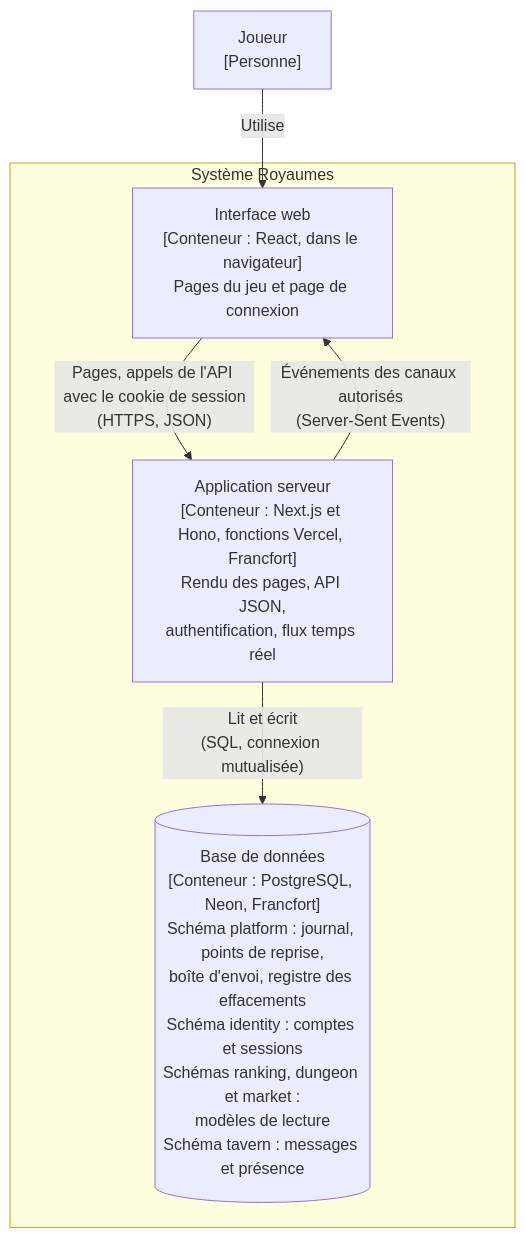
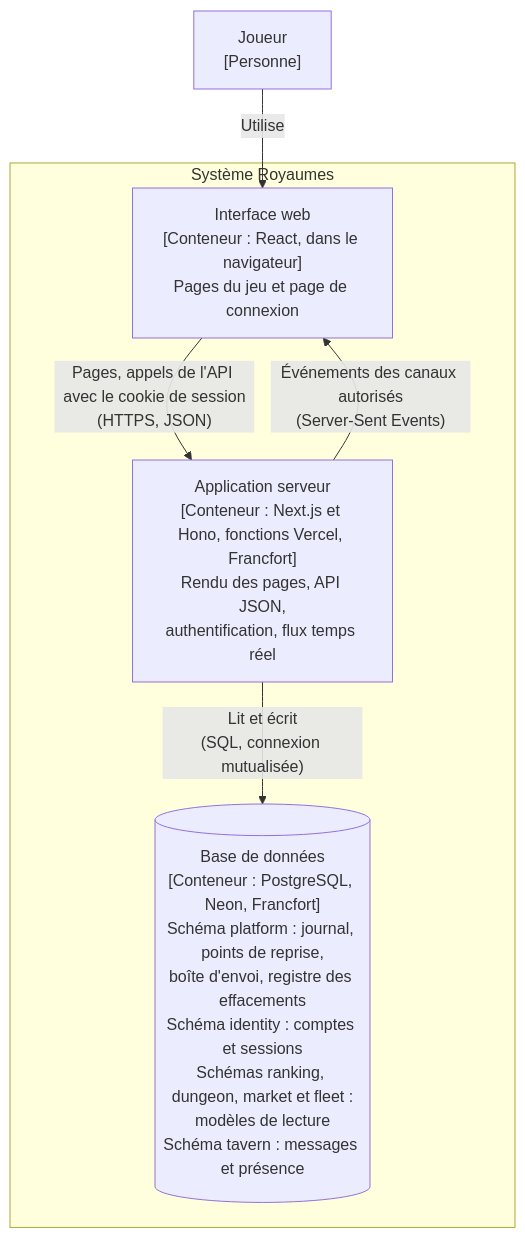
One commit to Swixos/royaumes changed the second of 6 diagrams in docs/architecture.md. Above: the diagram before and after it, drawn with Mermaid. The commit also changed other lines of this file, not shown here.

Commit message:
docs(architecture): describe the fleet module and its raid sequence

````diff
--- a/docs/architecture.md
+++ b/docs/architecture.md
@@ -25,13 +25,13 @@
 ```mermaid
 flowchart TB
   joueur["Joueur<br/>[Personne]"]
   subgraph royaumes["Système Royaumes"]
     web["Interface web<br/>[Conteneur : React, dans le navigateur]<br/>Pages du jeu et page de connexion"]
     serveur["Application serveur<br/>[Conteneur : Next.js et Hono, fonctions Vercel, Francfort]<br/>Rendu des pages, API JSON,<br/>authentification, flux temps réel"]
-    base[("Base de données<br/>[Conteneur : PostgreSQL, Neon, Francfort]<br/>Schéma platform : journal, points de reprise,<br/>boîte d'envoi, registre des effacements<br/>Schéma identity : comptes et sessions<br/>Schémas ranking, dungeon et market :<br/>modèles de lecture<br/>Schéma tavern : messages et présence")]
+    base[("Base de données<br/>[Conteneur : PostgreSQL, Neon, Francfort]<br/>Schéma platform : journal, points de reprise,<br/>boîte d'envoi, registre des effacements<br/>Schéma identity : comptes et sessions<br/>Schémas ranking, dungeon, market et fleet :<br/>modèles de lecture<br/>Schéma tavern : messages et présence")]
   end
   joueur -->|"Utilise"| web
   web -->|"Pages, appels de l'API avec le cookie de session<br/>(HTTPS, JSON)"| serveur
   serveur -->|"Événements des canaux autorisés<br/>(Server-Sent Events)"| web
   serveur -->|"Lit et écrit<br/>(SQL, connexion mutualisée)"| base
 ```
````
